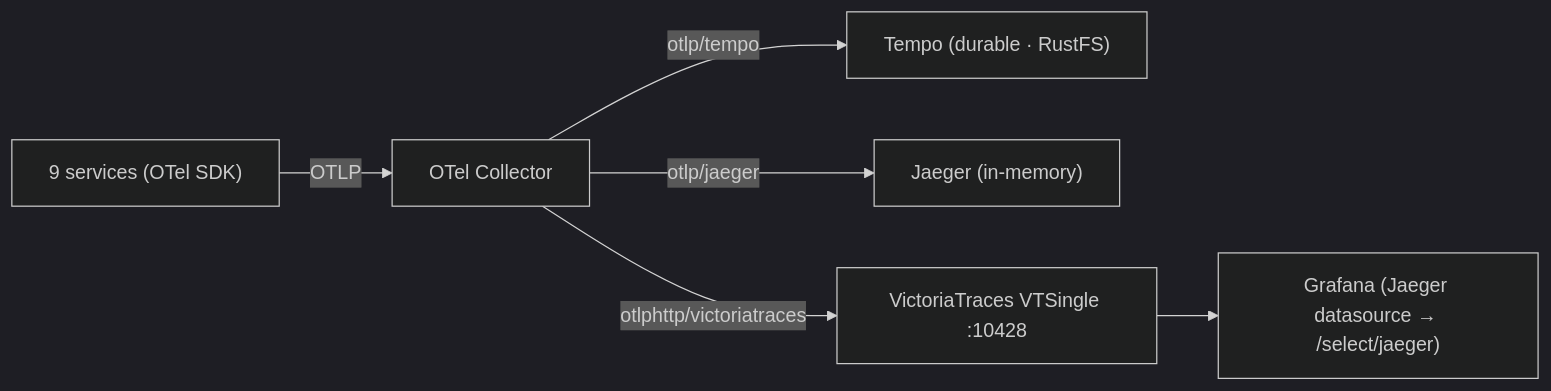
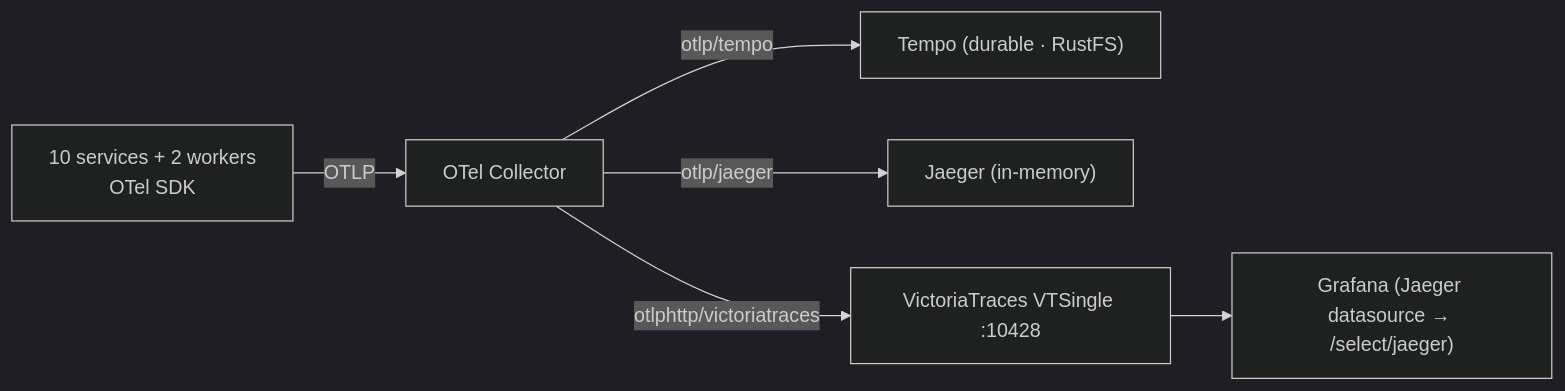
One commit to duynhlab/homelab changed the diagram in docs/observability/tracing/victoriatraces.md. Above: the diagram before and after it, drawn with Mermaid (dark theme). The commit also changed other lines of this file and 16 other files, not shown here.

````diff
--- a/docs/observability/tracing/victoriatraces.md
+++ b/docs/observability/tracing/victoriatraces.md
@@ -16,8 +16,8 @@
 ```mermaid
 flowchart LR
-  Apps["9 services (OTel SDK)"] -->|OTLP| OC["OTel Collector"]
+  Apps["10 services + 2 workers<br/>OTel SDK"] -->|OTLP| OC["OTel Collector"]
   OC -->|otlp/tempo| T["Tempo (durable · RustFS)"]
   OC -->|otlp/jaeger| J["Jaeger (in-memory)"]
   OC -->|otlphttp/victoriatraces| V["VictoriaTraces VTSingle :10428"]
   V --> G["Grafana (Jaeger datasource → /select/jaeger)"]
 ```
````
